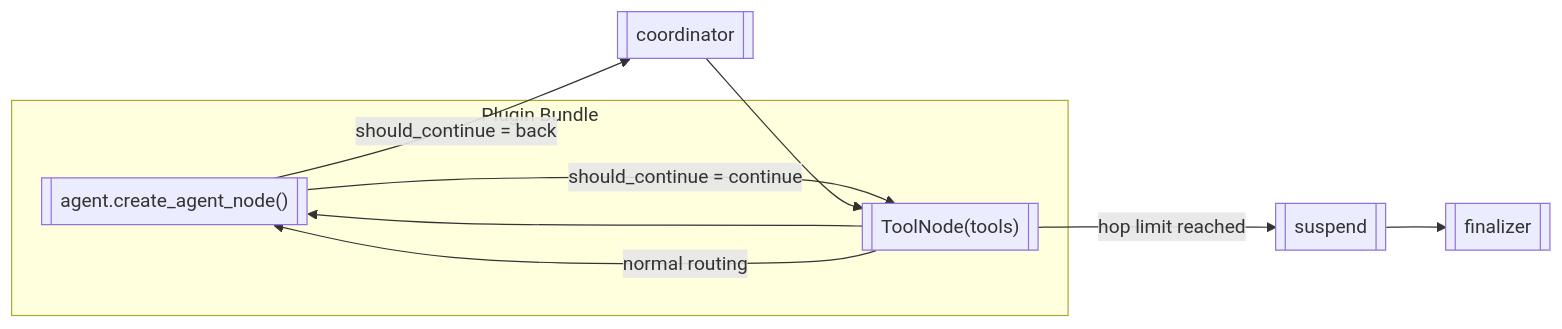
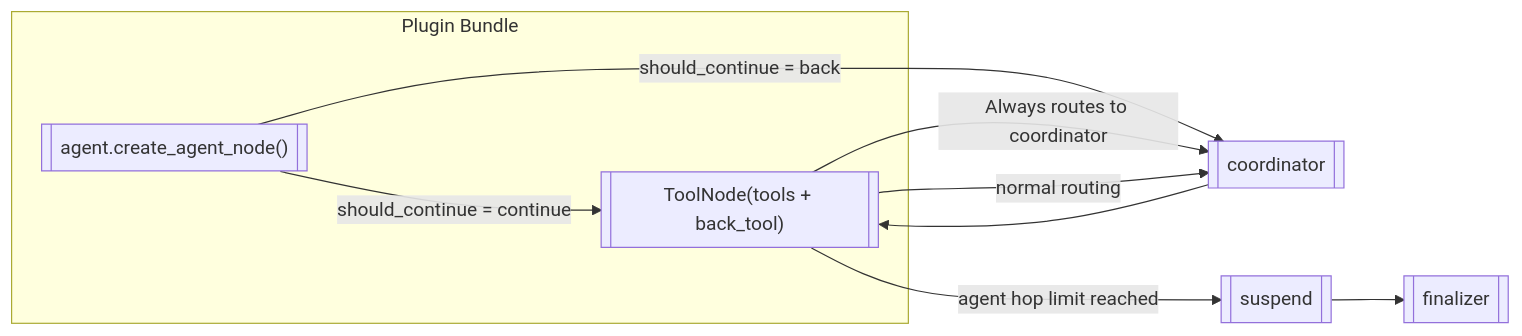
The fifth of 6 diagrams in docs/concepts/architecture.md (jonaskahn/cadence), drawn with Mermaid before and after one commit. The commit also changed other lines of this file and 41 other files, not shown here.

First line of the commit message:
refactor: consolidate hop counting to agent_hops only

````diff
--- a/docs/concepts/architecture.md
+++ b/docs/concepts/architecture.md
@@ -258,18 +258,18 @@
 ```mermaid
 flowchart LR
     subgraph Plugin[Plugin Bundle]
       AgentNode[["agent.create_agent_node()"]]
-      ToolNode[["ToolNode(tools)"]]
+      ToolNode[["ToolNode(tools + back_tool)"]]
     end
     Coordinator[[coordinator]]
     SuspendNode[[suspend]]
     Finalizer[[finalizer]]
 
     AgentNode -- "should_continue = continue" --> ToolNode
-    ToolNode --> AgentNode
     AgentNode -- "should_continue = back" --> Coordinator
+    ToolNode -- "Always routes to coordinator" --> Coordinator
     Coordinator --> ToolNode
-    ToolNode -- "hop limit reached" --> SuspendNode
-    ToolNode -- "normal routing" --> AgentNode
+    ToolNode -- "agent hop limit reached" --> SuspendNode
+    ToolNode -- "normal routing" --> Coordinator
     SuspendNode --> Finalizer
 ```
````
